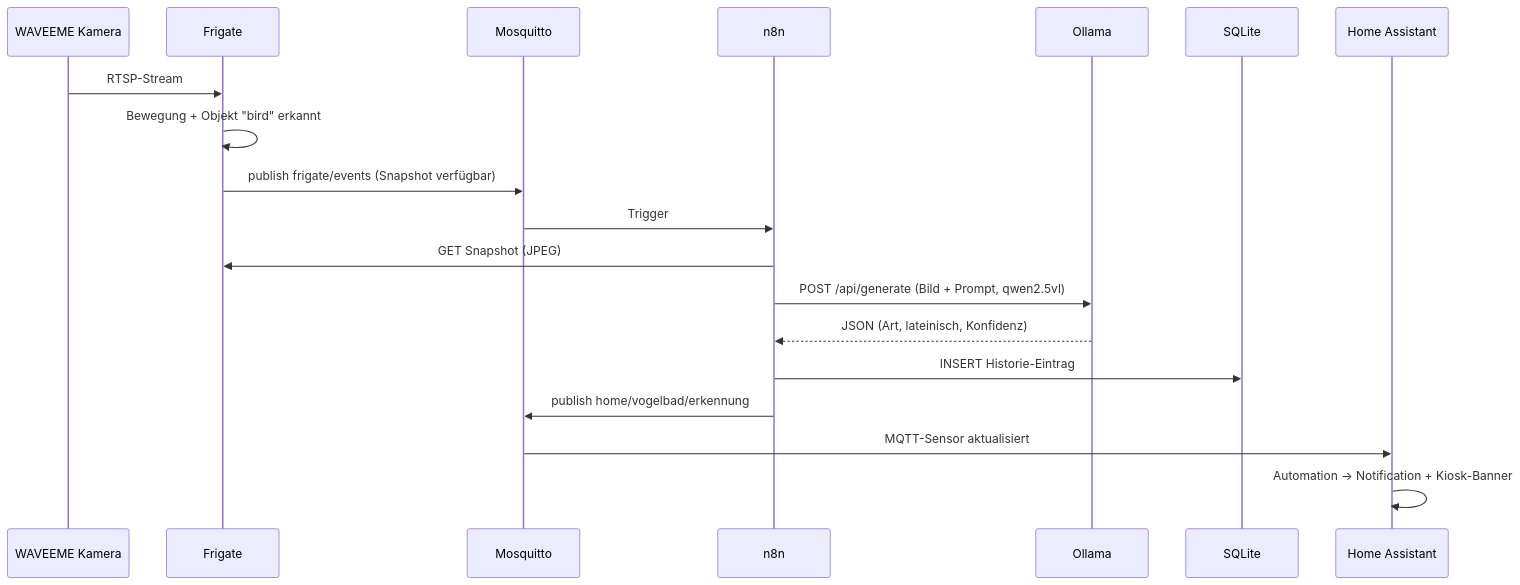
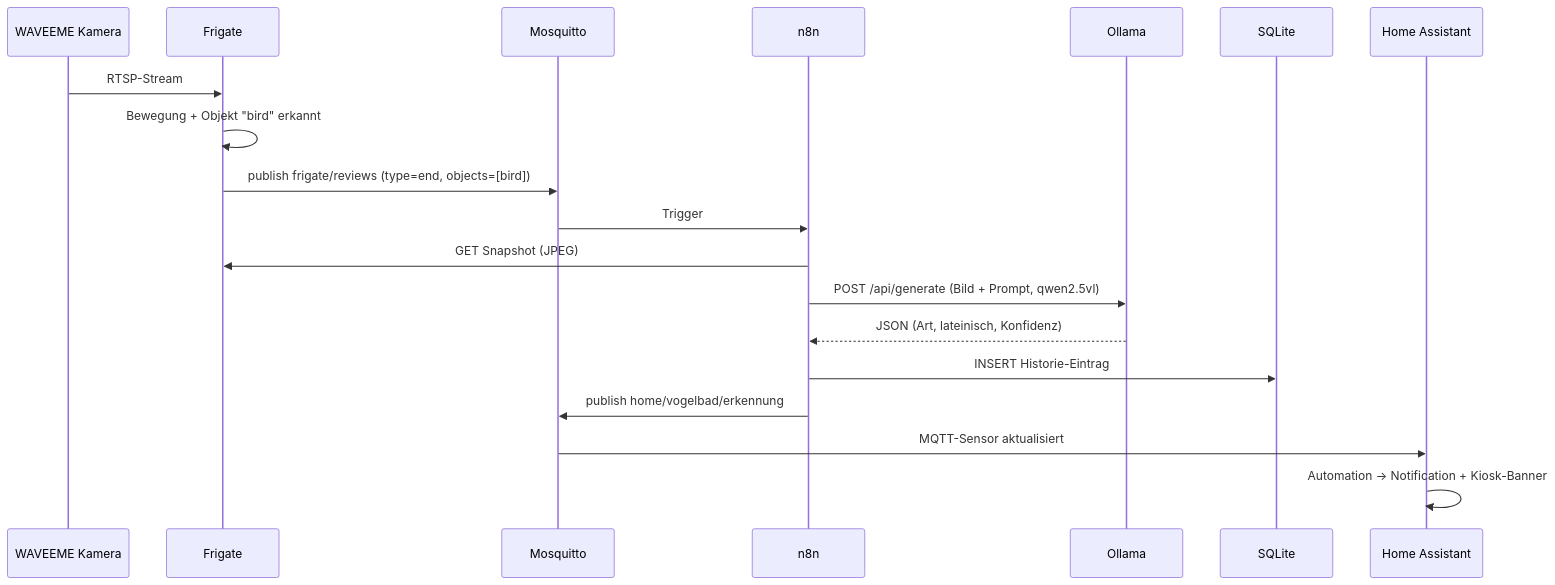
One commit to icepaule/IceBirdwatch changed the diagram in docs/setup.md. Above: the diagram before and after it, drawn with Mermaid. The commit also changed other lines of this file and 3 other files, not shown here.

````diff
--- a/docs/setup.md
+++ b/docs/setup.md
@@ -5,22 +5,22 @@
 ```mermaid
 sequenceDiagram
     participant Cam as WAVEEME Kamera
     participant Frigate
     participant MQTT as Mosquitto
     participant n8n
     participant Ollama
     participant DB as SQLite
     participant HA as Home Assistant
 
     Cam->>Frigate: RTSP-Stream
     Frigate->>Frigate: Bewegung + Objekt "bird" erkannt
-    Frigate->>MQTT: publish frigate/events (Snapshot verfügbar)
+    Frigate->>MQTT: publish frigate/reviews (type=end, objects=[bird])
     MQTT->>n8n: Trigger
     n8n->>Frigate: GET Snapshot (JPEG)
     n8n->>Ollama: POST /api/generate (Bild + Prompt, qwen2.5vl)
     Ollama-->>n8n: JSON (Art, lateinisch, Konfidenz)
     n8n->>DB: INSERT Historie-Eintrag
     n8n->>MQTT: publish home/vogelbad/erkennung
     MQTT->>HA: MQTT-Sensor aktualisiert
     HA->>HA: Automation -> Notification + Kiosk-Banner
 ```
````
